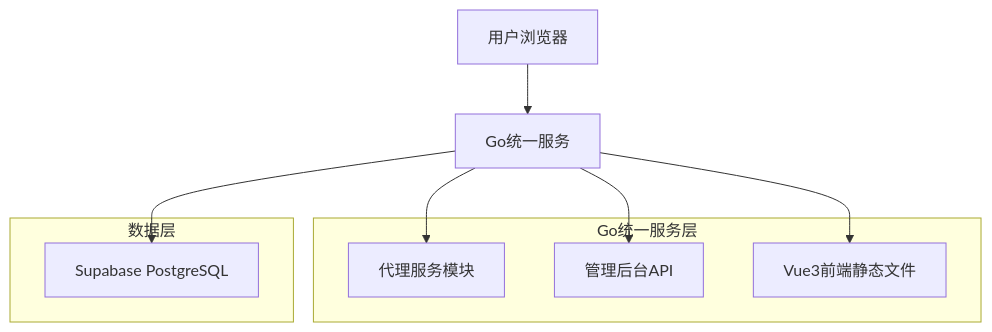
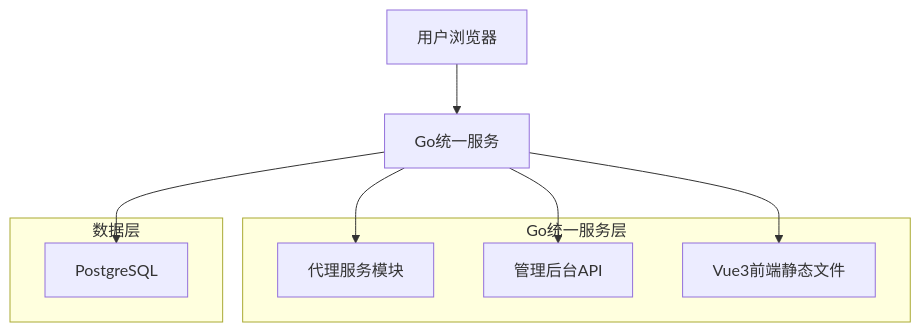
Before and after one commit to lyfe2025/proxy-enhancer-ultra: the first of 3 diagrams in .trae/documents/技术架构文档.md, drawn with Mermaid. The commit also changed other lines of this file and 6 other files, not shown here.

````diff
--- a/.trae/documents/技术架构文档.md
+++ b/.trae/documents/技术架构文档.md
@@ -5,19 +5,19 @@
 ```mermaid
 graph TD
     A[用户浏览器] --> B[Go统一服务]
-    B --> C[Supabase PostgreSQL]
+    B --> C[PostgreSQL]
     
     subgraph "Go统一服务层"
         D[代理服务模块]
         E[管理后台API]
         F[Vue3前端静态文件]
     end
     
     subgraph "数据层"
         C
     end
     
     B --> D
     B --> E
     B --> F
 ```
````
